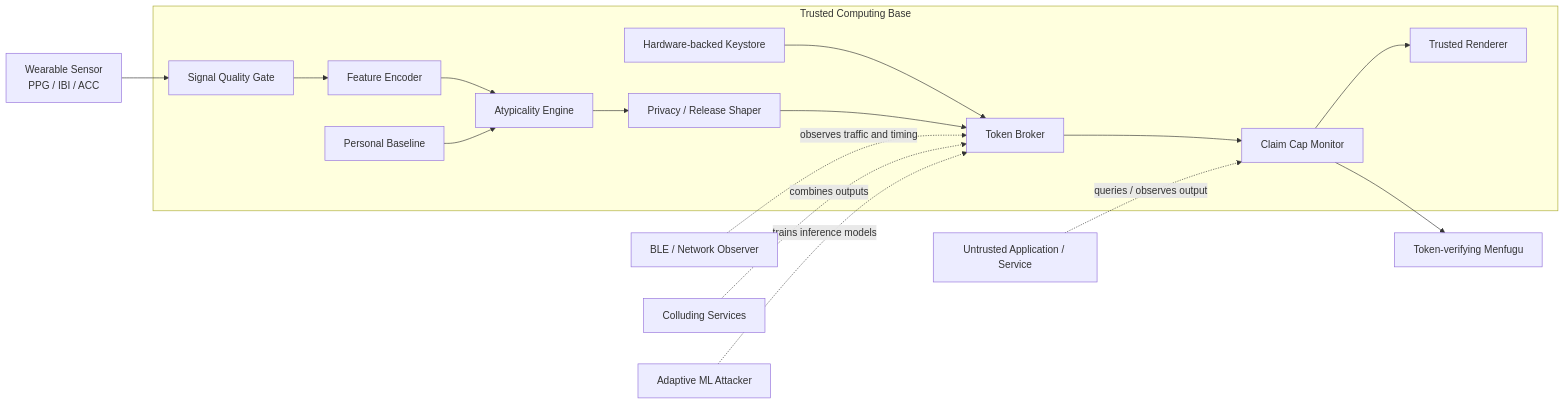
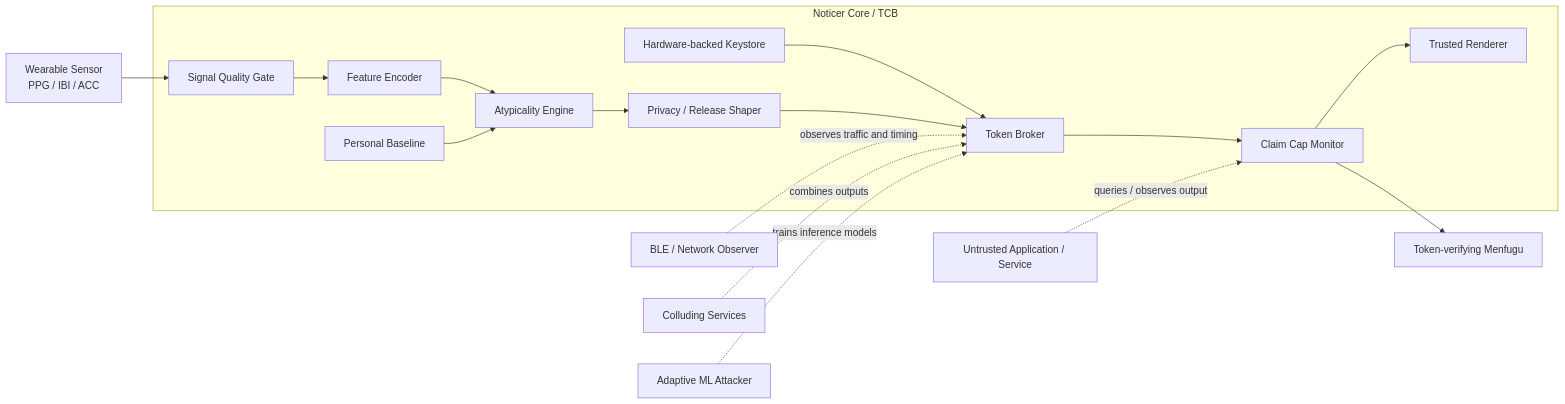
One commit to furukawa1020/noticer-core changed the diagram in docs/threat_model.md. Above: the diagram before and after it, drawn with Mermaid. The commit also changed other lines of this file, not shown here.

Commit message:
docs: normalize threat model entity identifiers

`````diff
--- a/docs/threat_model.md
+++ b/docs/threat_model.md
@@ -31,38 +31,38 @@
 ```mermaid
 flowchart LR
-    S["Wearable Sensor<br>PPG / IBI / ACC"]
+    SENSOR["Wearable Sensor<br>PPG / IBI / ACC"]
 
-    subgraph TCB["Trusted Computing Base"]
+    subgraph CORE["Noticer Core / TCB"]
         Q["Signal Quality Gate"]
         E["Feature Encoder"]
-        B["Personal Baseline"]
+        BASELINE["Personal Baseline"]
         A["Atypicality Engine"]
         P["Privacy / Release Shaper"]
-        K["Hardware-backed Keystore"]
+        KEYSTORE["Hardware-backed Keystore"]
         T["Token Broker"]
-        C["Claim Cap Monitor"]
-        R["Trusted Renderer"]
+        CLAIM["Claim Cap Monitor"]
+        RENDERER["Trusted Renderer"]
     end
 
     APP["Untrusted Application / Service"]
     NET["BLE / Network Observer"]
     FUGU["Token-verifying Menfugu"]
     COLL["Colluding Services"]
     ATTACK["Adaptive ML Attacker"]
 
-    S --> Q
+    SENSOR --> Q
     Q --> E
     E --> A
-    B --> A
+    BASELINE --> A
     A --> P
-    K --> T
+    KEYSTORE --> T
     P --> T
-    T --> C
-    C --> R
-    C --> FUGU
+    T --> CLAIM
+    CLAIM --> RENDERER
+    CLAIM --> FUGU
 
-    APP -. "queries / observes output" .-> C
+    APP -. "queries / observes output" .-> CLAIM
     NET -. "observes traffic and timing" .-> T
     COLL -. "combines outputs" .-> T
     ATTACK -. "trains inference models" .-> T
 ````
`````
